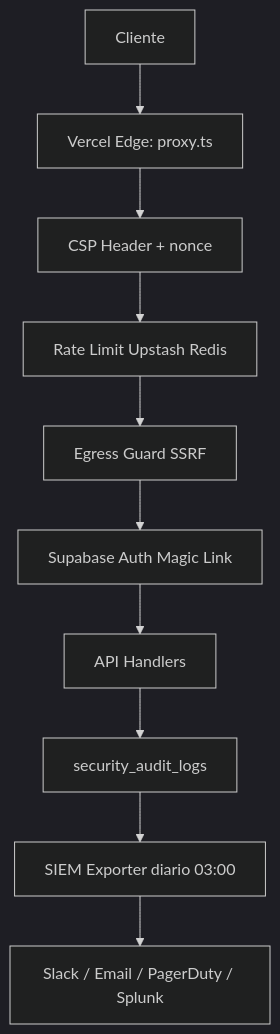
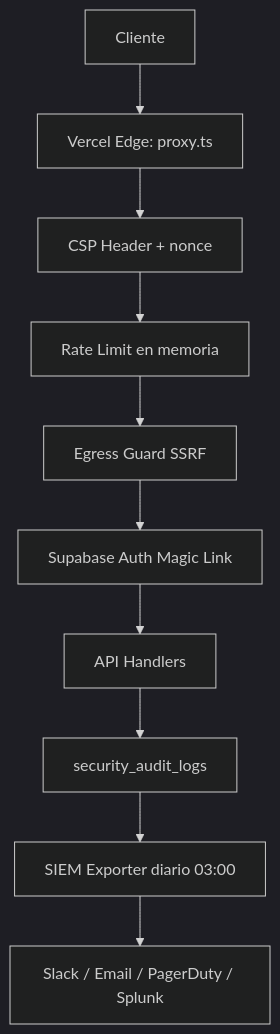
The first of 2 diagrams in docs/security.md (StrategicConnex/StrategicConnexAudit), drawn with Mermaid (dark theme) before and after one commit. The commit also changed other lines of this file and 67 other files, not shown here.

````diff
--- a/docs/security.md
+++ b/docs/security.md
@@ -345,12 +345,12 @@
 ```mermaid
 flowchart TB
   A[Cliente] --> B[Vercel Edge: proxy.ts]
   B --> C[CSP Header + nonce]
-  C --> D[Rate Limit Upstash Redis]
+  C --> D[Rate Limit en memoria]
   D --> E[Egress Guard SSRF]
   E --> F[Supabase Auth Magic Link]
   F --> G[API Handlers]
   G --> H[security_audit_logs]
   H --> I[SIEM Exporter diario 03:00]
   I --> J[Slack / Email / PagerDuty / Splunk]
 ```
````
